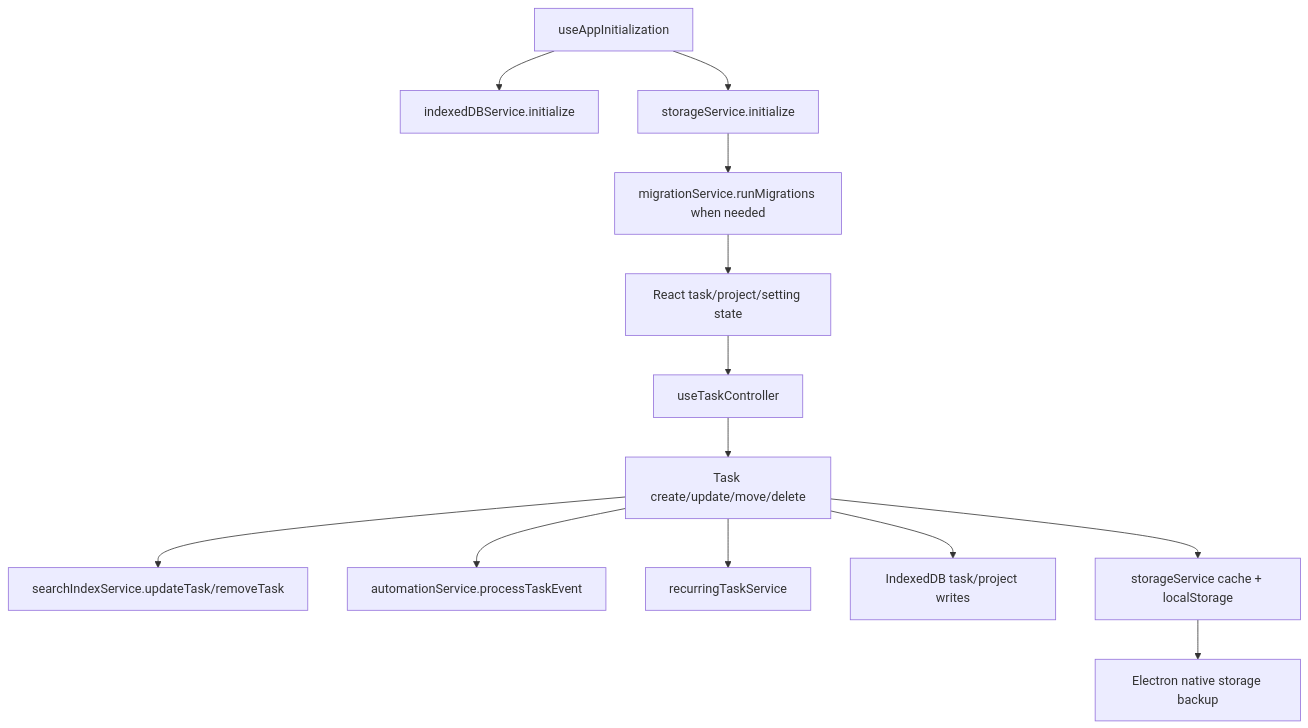
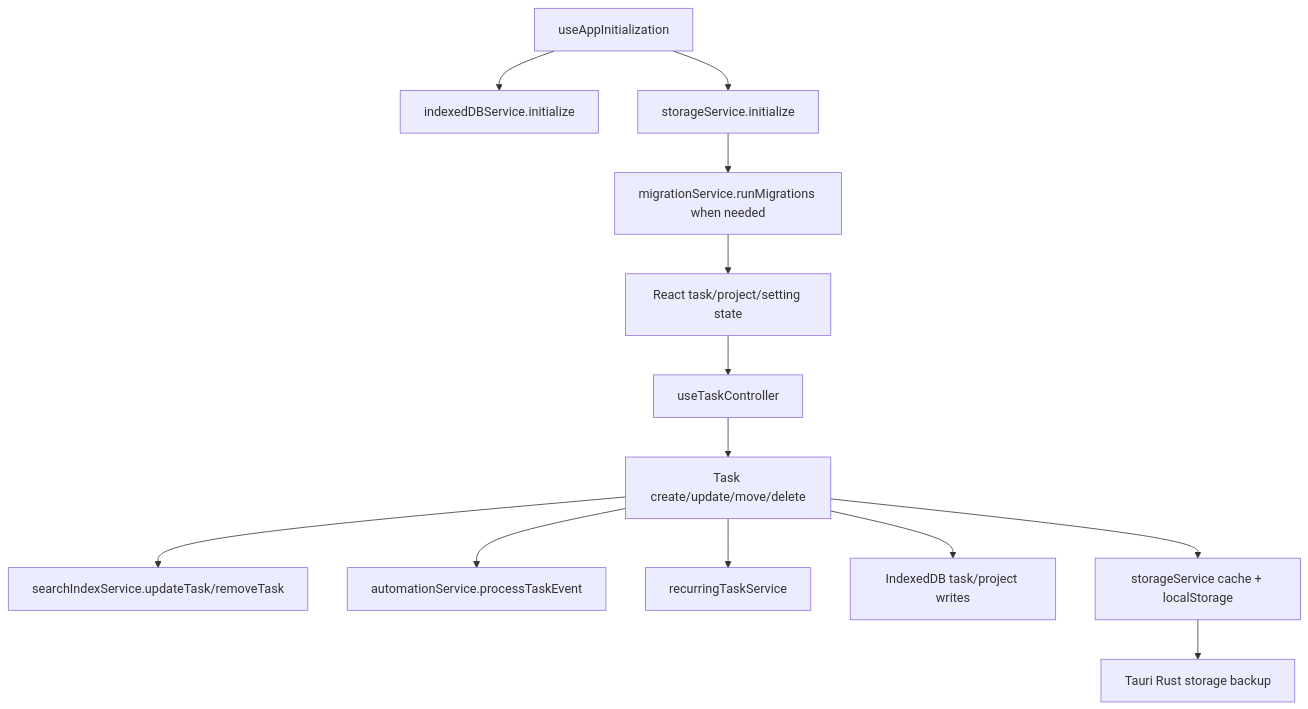
Before and after one commit to bharathvbcr/LiquiTask: the fourth of 5 diagrams in README.md, drawn with Mermaid. The commit also changed other lines of this file and 36 other files, not shown here.

First line of the commit message:
feat: migrate desktop shell from Electron to Tauri 2

````diff
--- a/README.md
+++ b/README.md
@@ -154,15 +154,15 @@
 ```mermaid
 flowchart TD
   Init["useAppInitialization"] --> LoadIDB["indexedDBService.initialize"]
   Init --> LoadNative["storageService.initialize"]
   LoadNative --> Migrate["migrationService.runMigrations when needed"]
   Migrate --> State["React task/project/setting state"]
   State --> Controller["useTaskController"]
   Controller --> Writes["Task create/update/move/delete"]
   Writes --> Search["searchIndexService.updateTask/removeTask"]
   Writes --> Automation["automationService.processTaskEvent"]
   Writes --> Recurring["recurringTaskService"]
   Writes --> IDB["IndexedDB task/project writes"]
   Writes --> Local["storageService cache + localStorage"]
-  Local --> Native["Electron native storage backup"]
+  Local --> Native["Tauri Rust storage backup"]
 ```
````
